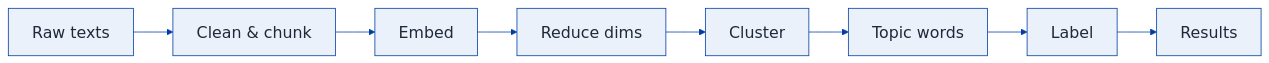
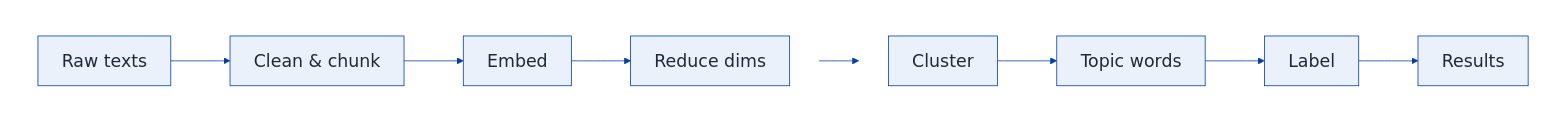
Before and after one commit to jinghanlib/topic-modeling-slave-narratives: the diagram in slides.qmd, drawn with Mermaid. The commit also changed other lines of this file and 6 other files, not shown here.

Commit message:
Two-row pipeline diagram on slides and website; soften embedding claim

````diff
--- a/slides.qmd
+++ b/slides.qmd
@@ -191,11 +191,15 @@
 ```{mermaid}
-%%{init: {'theme': 'base', 'themeVariables': {'fontSize': '20px', 'fontFamily': 'ui-sans-serif, system-ui, sans-serif', 'primaryColor': '#eaf1fb', 'primaryBorderColor': '#003da5', 'primaryTextColor': '#1f2937', 'lineColor': '#003da5'}}}%%
+%%{init: {'theme': 'base', 'themeVariables': {'fontSize': '22px', 'fontFamily': 'ui-sans-serif, system-ui, sans-serif', 'primaryColor': '#eaf1fb', 'primaryBorderColor': '#003da5', 'primaryTextColor': '#1f2937', 'lineColor': '#003da5'}}}%%
 flowchart LR
-    A["Raw texts"] --> B["Clean & chunk"]
-    B --> C["Embed"]
-    C --> D["Reduce dims"]
-    D --> E["Cluster"]
-    E --> F["Topic words"]
-    F --> G["Label"]
-    G --> H["Results"]
+    subgraph top[" "]
+        direction LR
+        A["Raw texts"] --> B["Clean & chunk"] --> C["Embed"] --> D["Reduce dims"]
+    end
+    subgraph bottom[" "]
+        direction LR
+        E["Cluster"] --> F["Topic words"] --> G["Label"] --> H["Results"]
+    end
+    D --> E
+    style top fill:none,stroke:none
+    style bottom fill:none,stroke:none
 ```
````
